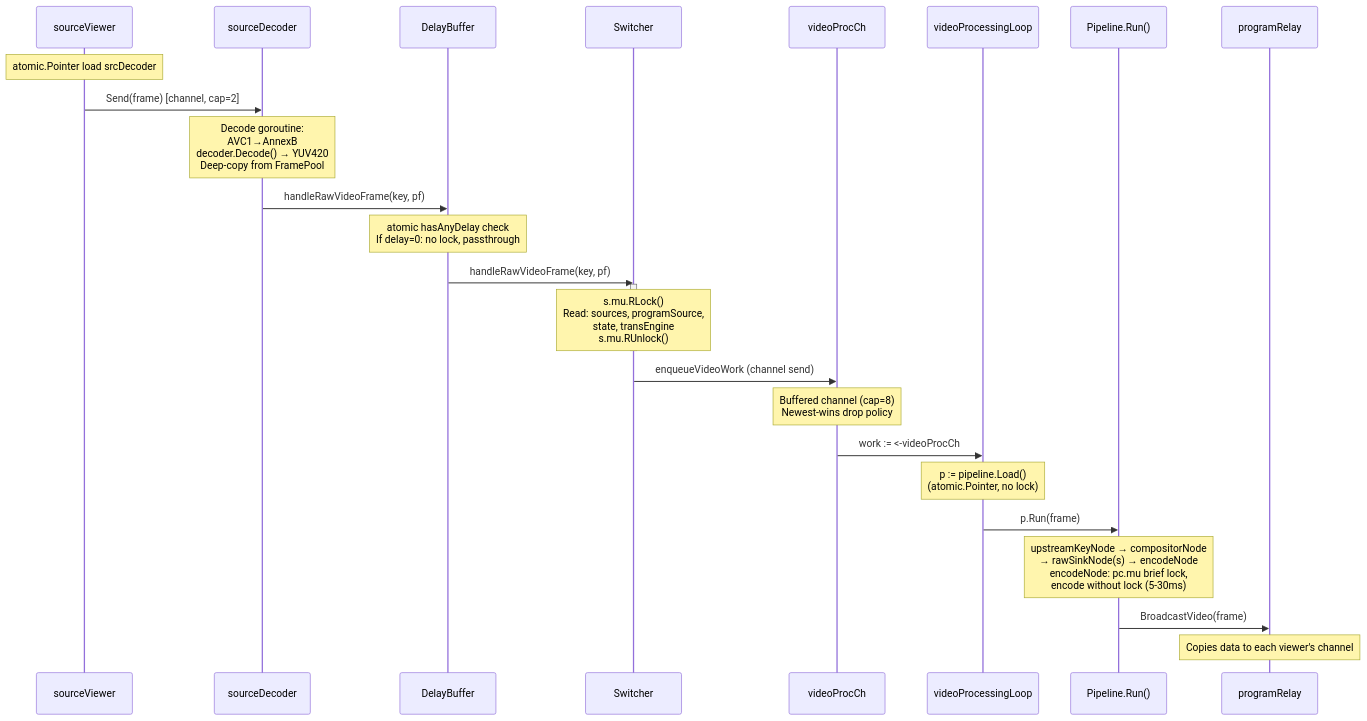
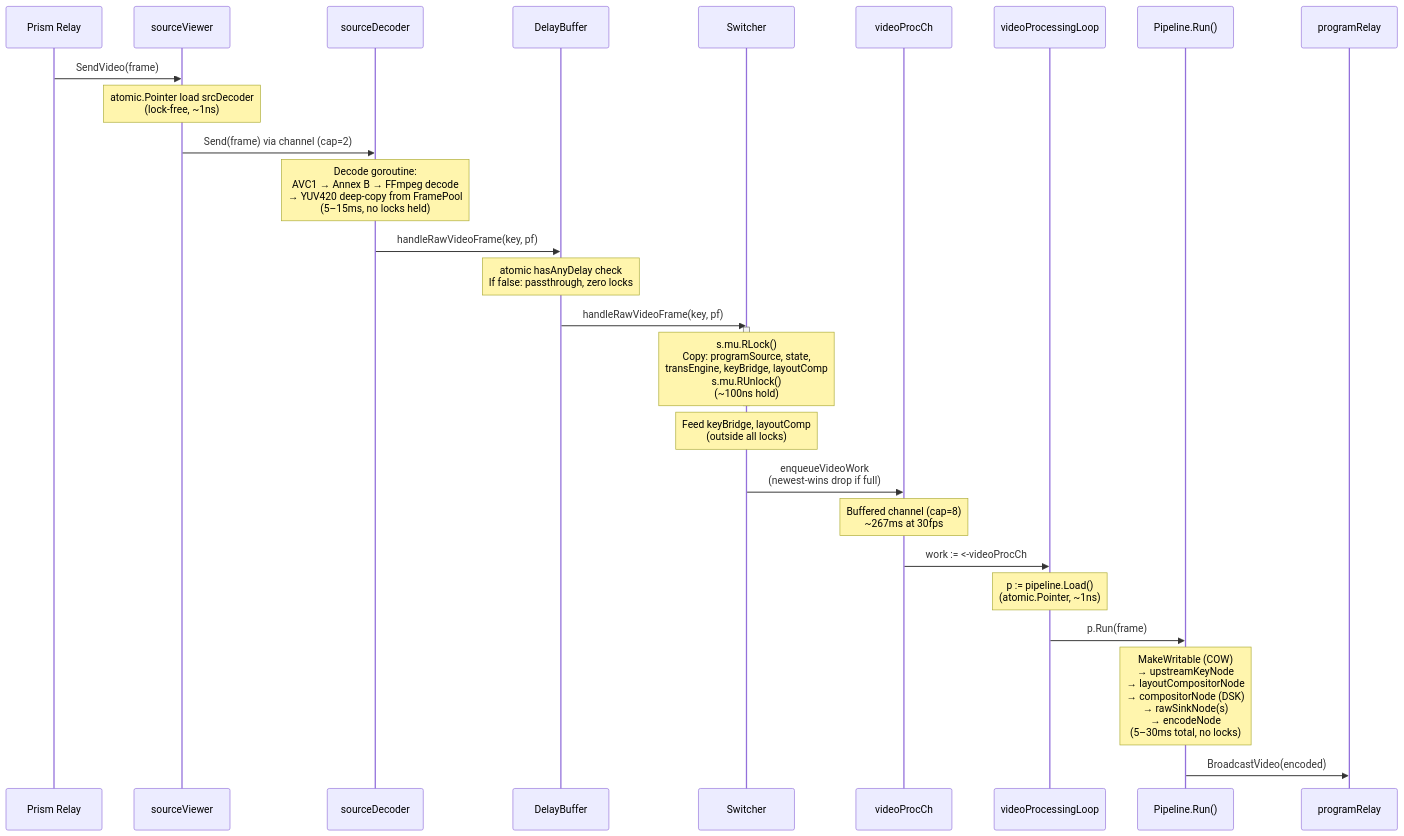
One commit to zsiec/switchframe changed the second of 7 diagrams in docs/locking-and-concurrency.md. Above: the diagram before and after it, drawn with Mermaid. The commit also changed other lines of this file, not shown here.

````diff
--- a/docs/locking-and-concurrency.md
+++ b/docs/locking-and-concurrency.md
@@ -146,33 +134,39 @@
 ```mermaid
 sequenceDiagram
+    participant Relay as Prism Relay
     participant SV as sourceViewer
     participant SD as sourceDecoder
     participant DB as DelayBuffer
     participant SW as Switcher
     participant CH as videoProcCh
     participant PL as videoProcessingLoop
     participant PIPE as Pipeline.Run()
     participant PR as programRelay
 
-    Note over SV: atomic.Pointer load srcDecoder
-    SV->>SD: Send(frame) [channel, cap=2]
-    Note over SD: Decode goroutine:<br/>AVC1→AnnexB<br/>decoder.Decode() → YUV420<br/>Deep-copy from FramePool
+    Relay->>SV: SendVideo(frame)
+    Note over SV: atomic.Pointer load srcDecoder<br/>(lock-free, ~1ns)
+
+    SV->>SD: Send(frame) via channel (cap=2)
+    Note over SD: Decode goroutine:<br/>AVC1 → Annex B → FFmpeg decode<br/>→ YUV420 deep-copy from FramePool<br/>(5–15ms, no locks held)
 
     SD->>DB: handleRawVideoFrame(key, pf)
-    Note over DB: atomic hasAnyDelay check<br/>If delay=0: no lock, passthrough
+    Note over DB: atomic hasAnyDelay check<br/>If false: passthrough, zero locks
 
     DB->>SW: handleRawVideoFrame(key, pf)
     activate SW
-    Note over SW: s.mu.RLock()<br/>Read: sources, programSource,<br/>state, transEngine<br/>s.mu.RUnlock()
+    Note over SW: s.mu.RLock()<br/>Copy: programSource, state,<br/>transEngine, keyBridge, layoutComp<br/>s.mu.RUnlock()<br/>(~100ns hold)
     deactivate SW
 
-    SW->>CH: enqueueVideoWork (channel send)
-    Note over CH: Buffered channel (cap=8)<br/>Newest-wins drop policy
+    Note over SW: Feed keyBridge, layoutComp<br/>(outside all locks)
+
+    SW->>CH: enqueueVideoWork<br/>(newest-wins drop if full)
+    Note over CH: Buffered channel (cap=8)<br/>~267ms at 30fps
 
     CH->>PL: work := <-videoProcCh
-    Note over PL: p := pipeline.Load()<br/>(atomic.Pointer, no lock)
+    Note over PL: p := pipeline.Load()<br/>(atomic.Pointer, ~1ns)
+
     PL->>PIPE: p.Run(frame)
-    Note over PIPE: upstreamKeyNode → compositorNode<br/>→ rawSinkNode(s) → encodeNode<br/>encodeNode: pc.mu brief lock,<br/>encode without lock (5-30ms)
-    PIPE->>PR: BroadcastVideo(frame)
-    Note over PR: Copies data to each viewer's channel
+    Note over PIPE: MakeWritable (COW)<br/>→ upstreamKeyNode<br/>→ layoutCompositorNode<br/>→ compositorNode (DSK)<br/>→ rawSinkNode(s)<br/>→ encodeNode<br/>(5–30ms total, no locks)
+
+    PIPE->>PR: BroadcastVideo(encoded)
 ```
````
